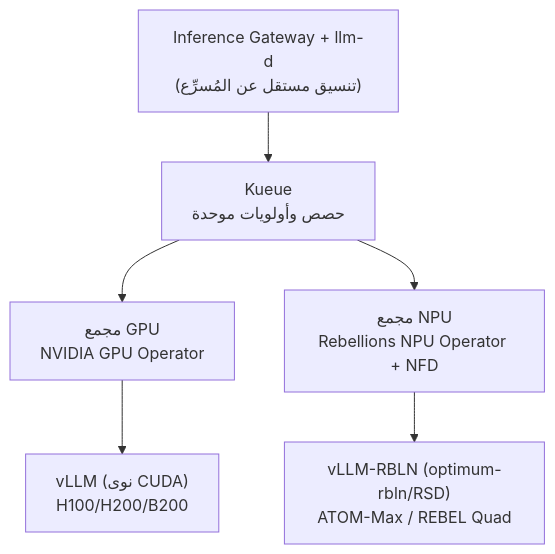
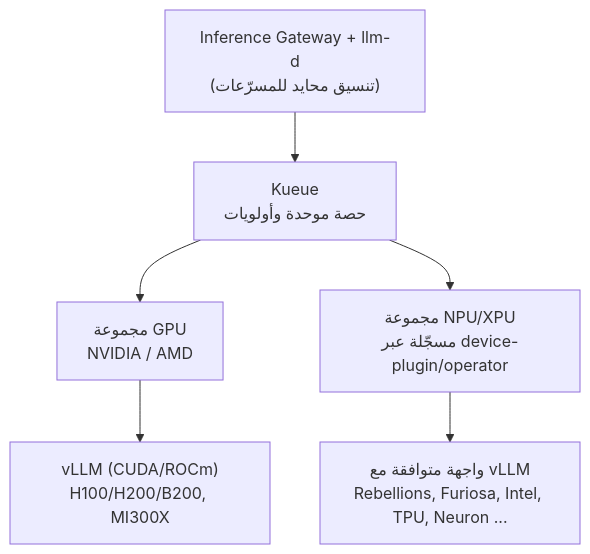
One commit to ThakiCloud/thakicloud.github.io changed the second of 2 diagrams in _posts/ar/llmops/2026-06-20-llm-d-distributed-inference-heterogeneous-accelerators.md. Above: the diagram before and after it, drawn with Mermaid. The commit also changed other lines of this file and 2 other files, not shown here.

Commit message:
fix(blog): make llm-d post vendor-neutral (add Furiosa, any NPU/XPU)

````diff
--- a/_posts/ar/llmops/2026-06-20-llm-d-distributed-inference-heterogeneous-accelerators.md
+++ b/_posts/ar/llmops/2026-06-20-llm-d-distributed-inference-heterogeneous-accelerators.md
@@ -103,8 +114,8 @@
 ```mermaid
 flowchart TD
-    G["Inference Gateway + llm-d<br/>(تنسيق مستقل عن المُسرِّع)"] --> K["Kueue<br/>حصص وأولويات موحدة"]
-    K --> P1["مجمع GPU<br/>NVIDIA GPU Operator"]
-    K --> P2["مجمع NPU<br/>Rebellions NPU Operator + NFD"]
-    P1 --> V1["vLLM (نوى CUDA)<br/>H100/H200/B200"]
-    P2 --> V2["vLLM-RBLN (optimum-rbln/RSD)<br/>ATOM-Max / REBEL Quad"]
+    G["Inference Gateway + llm-d<br/>(تنسيق محايد للمسرّعات)"] --> K["Kueue<br/>حصة موحدة وأولويات"]
+    K --> P1["مجموعة GPU<br/>NVIDIA / AMD"]
+    K --> P2["مجموعة NPU/XPU<br/>مسجّلة عبر device-plugin/operator"]
+    P1 --> V1["vLLM (CUDA/ROCm)<br/>H100/H200/B200, MI300X"]
+    P2 --> V2["واجهة متوافقة مع vLLM<br/>Rebellions, Furiosa, Intel, TPU, Neuron ..."]
 ```
````
